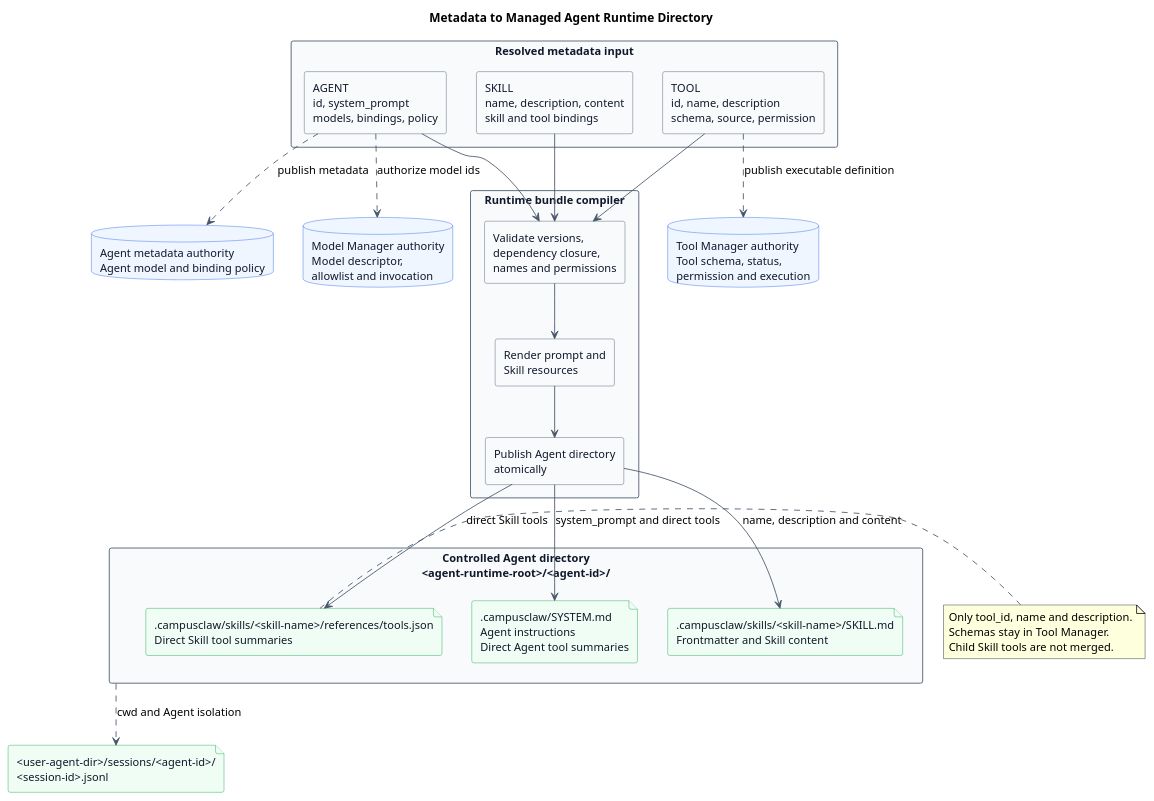
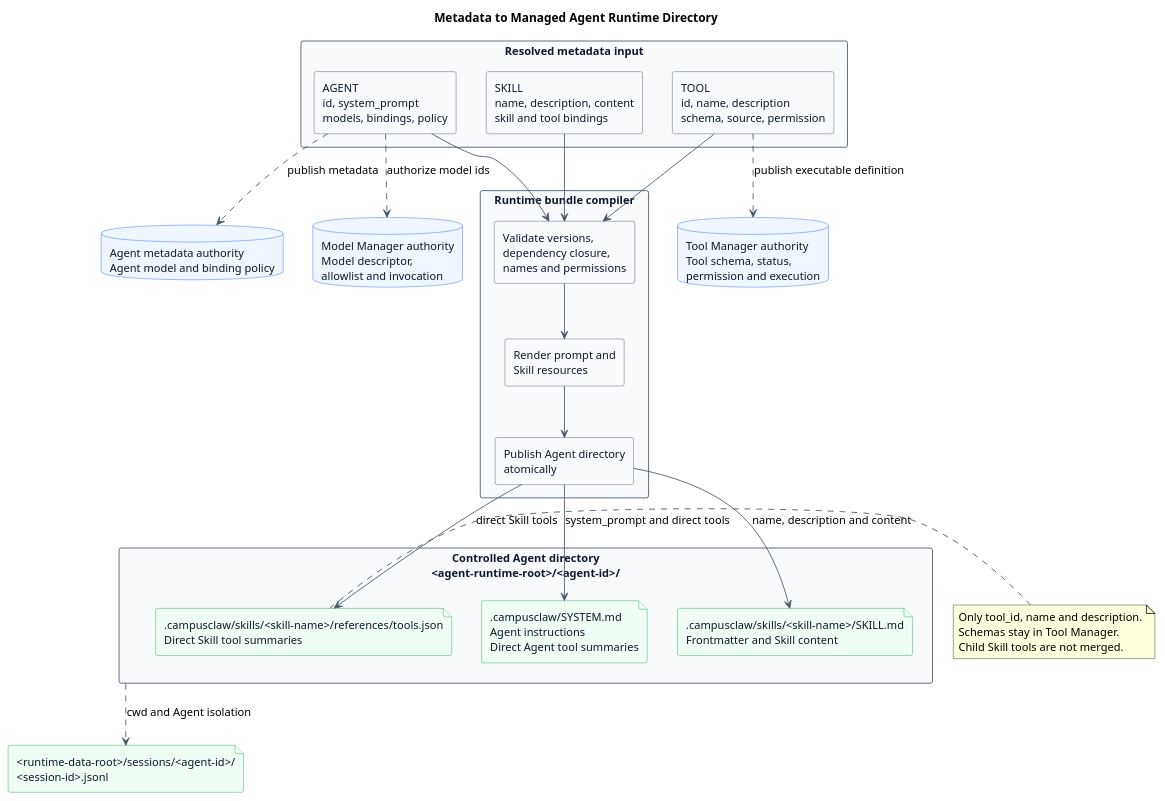
Before and after one commit to superheromeZzh/pi-mono-java-design: the first of 6 diagrams in pi-mono-java-manager-driven-multi-agent-runtime/diagram.puml, drawn with PlantUML. The commit also changed other lines of this file and 14 other files, not shown here.

Commit message:
docs(runtime): use session id as isolation key

```diff
--- a/pi-mono-java-manager-driven-multi-agent-runtime/diagram.puml
+++ b/pi-mono-java-manager-driven-multi-agent-runtime/diagram.puml
@@ -1,75 +1,75 @@
 @startuml metadata_runtime_directory_mapping
 title Metadata to Managed Agent Runtime Directory
 
 ' Source evidence:
 ' pi-mono packages/coding-agent/src/core/skills.ts: Skill, loadSkillFromFile, formatSkillsForPrompt
 ' pi-mono-java modules/coding-agent-cli/src/main/java/com/campusclaw/codingagent/context/ContextFileLoader.java: loadSystemPrompt
 ' pi-mono-java modules/coding-agent-cli/src/main/java/com/campusclaw/codingagent/session/AgentSession.java: loadSkills
 ' Observed behavior: pi and pi-mono-java discover Skill metadata from SKILL.md frontmatter.
 ' Java divergence: the target compiler materializes only one controlled Agent directory.
 ' Design reason: keep Agent-specific disclosure local while Managers remain runtime authorities.
 
 skinparam backgroundColor #FFFFFF
 skinparam shadowing false
 skinparam defaultFontName Arial
 skinparam defaultFontSize 13
 skinparam rectangle {
   BackgroundColor #F8FAFC
   BorderColor #475569
   FontColor #0F172A
 }
 skinparam database {
   BackgroundColor #EFF6FF
   BorderColor #2563EB
   FontColor #0F172A
 }
 skinparam file {
   BackgroundColor #F0FDF4
   BorderColor #16A34A
   FontColor #0F172A
 }
 skinparam ArrowColor #475569
 
 rectangle "Resolved metadata input" as Input {
   rectangle "AGENT\nid, system_prompt\nmodels, bindings, policy" as AgentMetadata
   rectangle "SKILL\nname, description, content\nskill and tool bindings" as SkillMetadata
   rectangle "TOOL\nid, name, description\nschema, source, permission" as ToolMetadata
 }
 
 rectangle "Runtime bundle compiler" as Compiler {
   rectangle "Validate versions,\ndependency closure,\nnames and permissions" as Validate
   rectangle "Render prompt and\nSkill resources" as Render
   rectangle "Publish Agent directory\natomically" as Publish
 }
 
 rectangle "Controlled Agent directory\n<agent-runtime-root>/<agent-id>/" as AgentDirectory {
   file ".campusclaw/SYSTEM.md\nAgent instructions\nDirect Agent tool summaries" as SystemFile
   file ".campusclaw/skills/<skill-name>/SKILL.md\nFrontmatter and Skill content" as SkillFile
   file ".campusclaw/skills/<skill-name>/references/tools.json\nDirect Skill tool summaries" as SkillToolsFile
 }
 
 database "Agent metadata authority\nAgent model and binding policy" as AgentAuthority
 database "Tool Manager authority\nTool schema, status,\npermission and execution" as ToolManager
 database "Model Manager authority\nModel descriptor,\nallowlist and invocation" as ModelManager
-file "<user-agent-dir>/sessions/<agent-id>/\n<session-id>.jsonl" as SessionFile
+file "<runtime-data-root>/sessions/<agent-id>/\n<session-id>.jsonl" as SessionFile
 
 AgentMetadata --> Validate
 SkillMetadata --> Validate
 ToolMetadata --> Validate
 Validate --> Render
 Render --> Publish
 Publish --> SystemFile : system_prompt and direct tools
 Publish --> SkillFile : name, description and content
 Publish --> SkillToolsFile : direct Skill tools
 
 AgentMetadata ..> AgentAuthority : publish metadata
 ToolMetadata ..> ToolManager : publish executable definition
 AgentMetadata ..> ModelManager : authorize model ids
 AgentDirectory ..> SessionFile : cwd and Agent isolation
 
 note right of SkillToolsFile
 Only tool_id, name and description.
 Schemas stay in Tool Manager.
 Child Skill tools are not merged.
 end note
 @enduml
```
